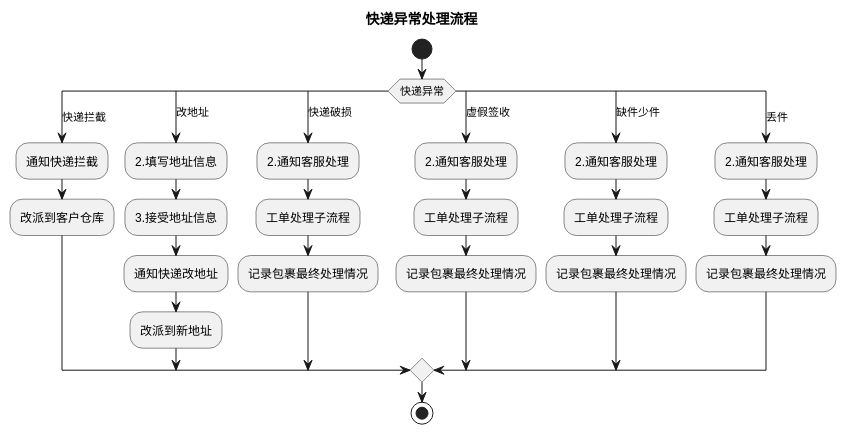
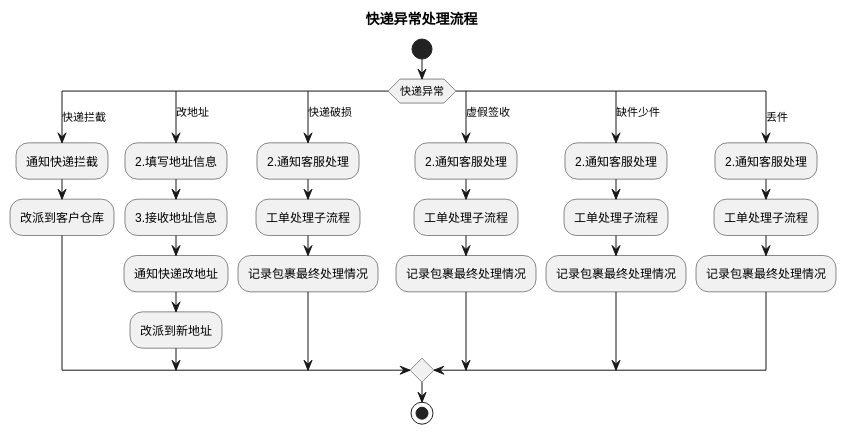
One commit to jack888332/projects-doc changed the third of 5 diagrams in product-caliber/goldjet/segmented-prd/mainflow/PRD.高捷物流系统一期.主流程.09.异常处理流程.md. Above: the diagram before and after it, drawn with PlantUML. The commit also changed other lines of this file and 59 other files, not shown here.

````diff
--- a/product-caliber/goldjet/segmented-prd/mainflow/PRD.高捷物流系统一期.主流程.09.异常处理流程.md
+++ b/product-caliber/goldjet/segmented-prd/mainflow/PRD.高捷物流系统一期.主流程.09.异常处理流程.md
@@ -99,33 +83,33 @@
 ```plantuml
 @startuml
 title 快递异常处理流程
 start
 switch (快递异常)
 case (快递拦截)
   :通知快递拦截;
   :改派到客户仓库;
 case (改地址)
   :2.填写地址信息;
-  :3.接受地址信息;
+  :3.接收地址信息;
   :通知快递改地址;
   :改派到新地址;
 case (快递破损)
   :2.通知客服处理;
   :工单处理子流程;
   :记录包裹最终处理情况;
 case (虚假签收)
   :2.通知客服处理;
   :工单处理子流程;
   :记录包裹最终处理情况;
 case (缺件少件)
   :2.通知客服处理;
   :工单处理子流程;
   :记录包裹最终处理情况;
 case (丢件)
   :2.通知客服处理;
   :工单处理子流程;
   :记录包裹最终处理情况;
 endswitch
 stop
 @enduml
 ```
````
